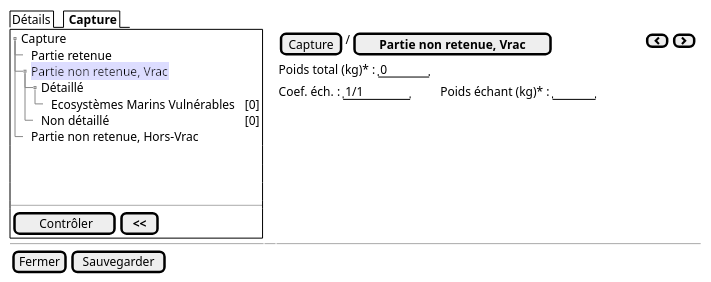
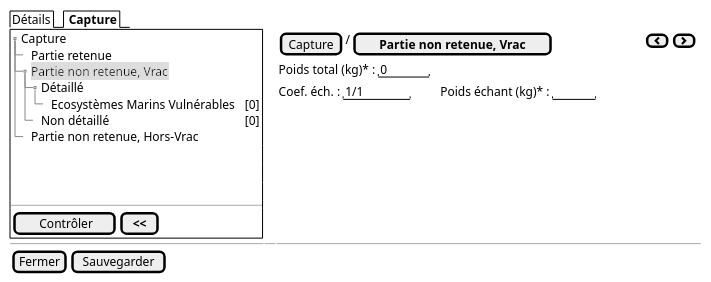
Before and after one commit to sumaris-net/sumaris-doc: the diagram in projects/obsmer/spe/images/batch/batch-tree-PNR-VRAC-DETAIL.puml, drawn with PlantUML. The commit also changed 12 other files, not shown here.

```diff
--- a/projects/obsmer/spe/images/batch/batch-tree-PNR-VRAC-DETAIL.puml
+++ b/projects/obsmer/spe/images/batch/batch-tree-PNR-VRAC-DETAIL.puml
@@ -1,33 +1,33 @@
 @startsalt
 {
   {/ Détails | <b> Capture }
   {+
    {T
        + Capture
        ++ Partie retenue
-       ++ <back:#DDF>Partie non retenue, Vrac
+       ++ <back:#DDD>Partie non retenue, Vrac
        +++ Détaillé
        ++++ Ecosystèmes Marins Vulnérables | <color:black>[0]
        +++ Non détaillé | <color:black>[0]
        ++ Partie non retenue, Hors-Vrac
    }
     .
     .
     .
    --
    {
       [<&checkmark> Contrôler] | [ <b><< ]
    }
   } | . | {
     { [Capture] | / | [<b>Partie non retenue, Vrac] | . | . | . | . | . | . | . | . | . | . | . | . | . | . | . | . | . | { [<&chevron-left>] | [<&chevron-right>] } }
 
     {Poids total (kg)* : | " 0    " | . | . | . | . | . | . | . | . | . | . | . | . | . | . | . | . | . | . | . | . | . | . | . | . | . | . | . | . | . | . | . | . | . | . | . | . | . | . |  }
 
     {Coef. éch. : | " 1/1    " | . | . | . | . | . |  Poids échant (kg)* : | "     " }
 
 
     }
   -- | -- | --
   { [Fermer] | [Sauvegarder] }
 }
 @endsalt
```
